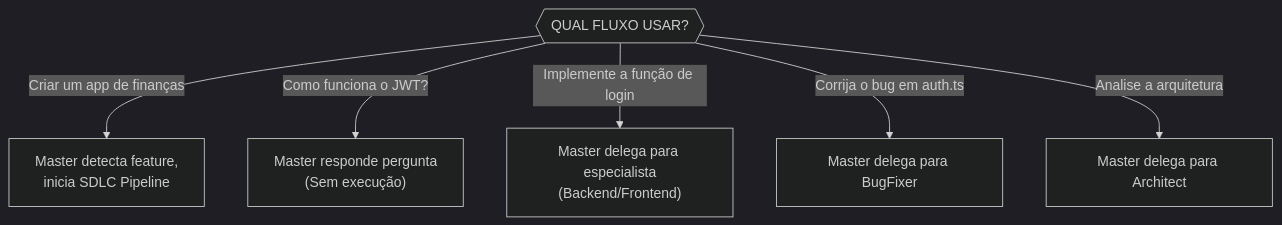
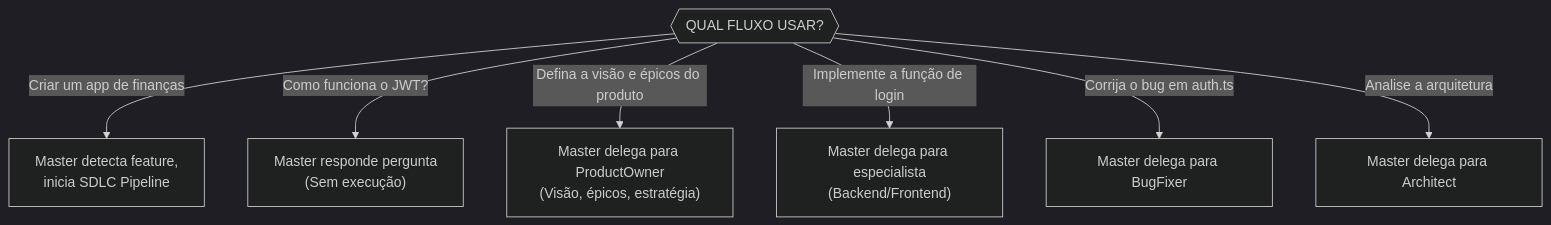
One commit to dgofreitas/opencode-workflow changed the first of 9 diagrams in docs/USAGE_GUIDE.md. Above: the diagram before and after it, drawn with Mermaid (dark theme). The commit also changed other lines of this file, not shown here.

First line of the commit message:
docs: update USAGE_GUIDE with ProductOwner, /epic, and 4-gate pipeline

````diff
--- a/docs/USAGE_GUIDE.md
+++ b/docs/USAGE_GUIDE.md
@@ -25,9 +25,10 @@
 ```mermaid
 graph TD
     Q{{"QUAL FLUXO USAR?"}}
     Q -->|"Criar um app de finanças"| A1["Master detecta feature,<br/>inicia SDLC Pipeline"]
     Q -->|"Como funciona o JWT?"| A2["Master responde pergunta<br/>(Sem execução)"]
+    Q -->|"Defina a visão e épicos do produto"| A5["Master delega para ProductOwner<br/>(Visão, épicos, estratégia)"]
     Q -->|"Implemente a função de login"| A3["Master delega para especialista<br/>(Backend/Frontend)"]
     Q -->|"Corrija o bug em auth.ts"| A4["Master delega para BugFixer"]
     Q -->|"Analise a arquitetura"| A6["Master delega para Architect"]
 ```
````
